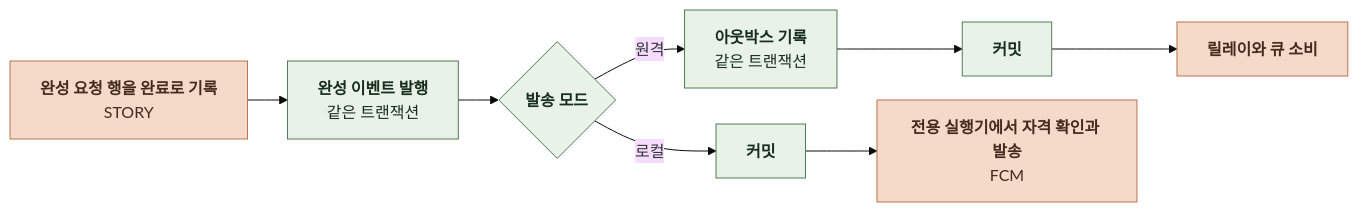
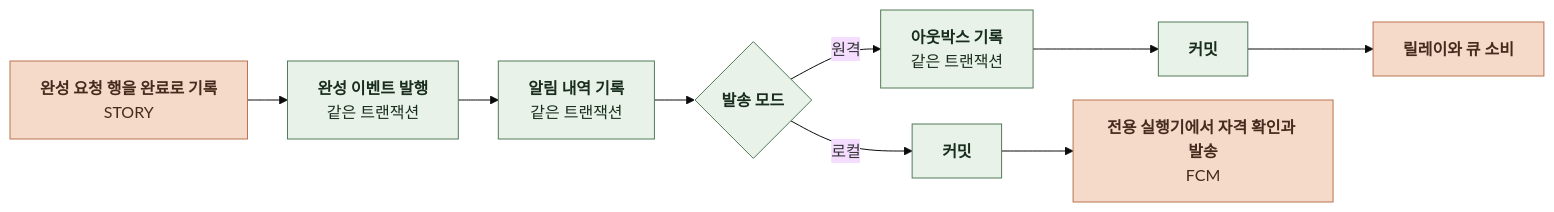
Before and after one commit to KIM-N-KANG/knk-harness: the fifth of 20 diagrams in docs/domain/NOTIFICATION/BACKEND/4-1-PIPELINES.md, drawn with Mermaid (base theme). The commit also changed other lines of this file and 128 other files, not shown here.

````diff
--- a/docs/domain/NOTIFICATION/BACKEND/4-1-PIPELINES.md
+++ b/docs/domain/NOTIFICATION/BACKEND/4-1-PIPELINES.md
@@ -136,19 +140,21 @@
 ```mermaid
 %%{init: {"flowchart": {"curve": "basis", "nodeSpacing": 24, "rankSpacing": 40}}}%%
 flowchart LR
     A["`**완성 요청 행을 완료로 기록**
 STORY`"] --> B["`**완성 이벤트 발행**
 같은 트랜잭션`"]
-    B --> C{"`**발송 모드**`"}
+    B --> N["`**알림 내역 기록**
+같은 트랜잭션`"]
+    N --> C{"`**발송 모드**`"}
     C -->|원격| D["`**아웃박스 기록**
 같은 트랜잭션`"]
     D --> E["`**커밋**`"]
     E --> F["`**릴레이와 큐 소비**`"]
     C -->|로컬| G["`**커밋**`"]
     G --> H["`**전용 실행기에서 자격 확인과 발송**
 FCM`"]
     classDef comp fill:#E8F2E8,stroke:#527A59,color:#182D1D
     classDef task fill:#F5D9C9,stroke:#B97450,color:#452B1D
-    class B,C,D,E,G comp
+    class B,C,D,E,G,N comp
     class A,F,H task
 ```
````
